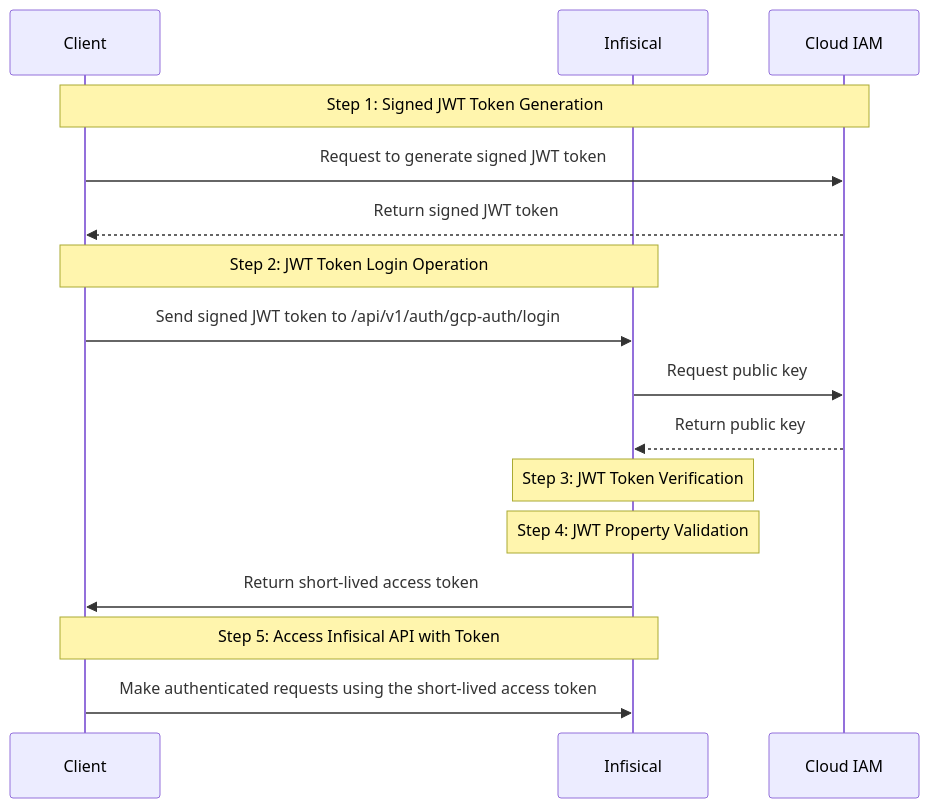
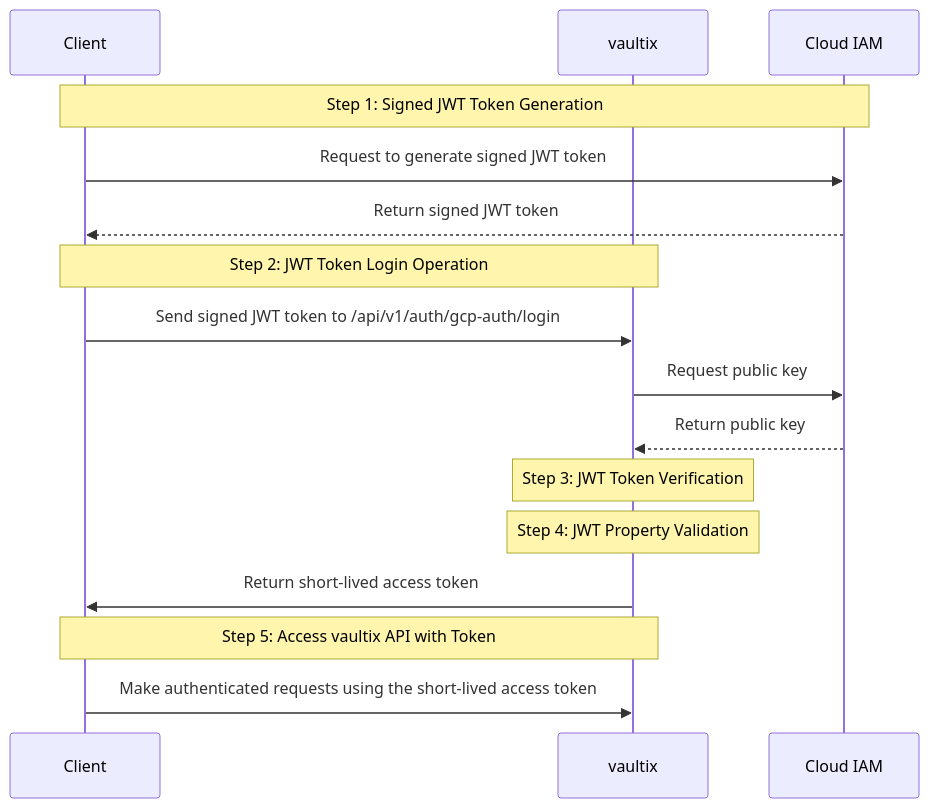
Before and after one commit to shippinAI/vaultix: the second of 2 diagrams in core/docs/documentation/platform/identities/gcp-auth.mdx, drawn with Mermaid. The commit also changed other lines of this file and 1202 other files, not shown here.

````diff
--- a/core/docs/documentation/platform/identities/gcp-auth.mdx
+++ b/core/docs/documentation/platform/identities/gcp-auth.mdx
@@ -187,22 +187,22 @@
 ```mermaid
 sequenceDiagram
   participant GCE as Client
-  participant Infis as Infisical
+  participant Infis as vaultix
   participant Google as Cloud IAM
 
   Note over GCE,Google: Step 1: Signed JWT Token Generation
   GCE->>Google: Request to generate signed JWT token
   Google-->>GCE: Return signed JWT token
 
   Note over GCE,Infis: Step 2: JWT Token Login Operation
   GCE->>Infis: Send signed JWT token to /api/v1/auth/gcp-auth/login
   Infis->>Google: Request public key
   Google-->>Infis: Return public key
 
   Note over Infis: Step 3: JWT Token Verification
   Note over Infis: Step 4: JWT Property Validation
   Infis->>GCE: Return short-lived access token
 
-  Note over GCE,Infis: Step 5: Access Infisical API with Token
+  Note over GCE,Infis: Step 5: Access vaultix API with Token
   GCE->>Infis: Make authenticated requests using the short-lived access token
 ```
````
